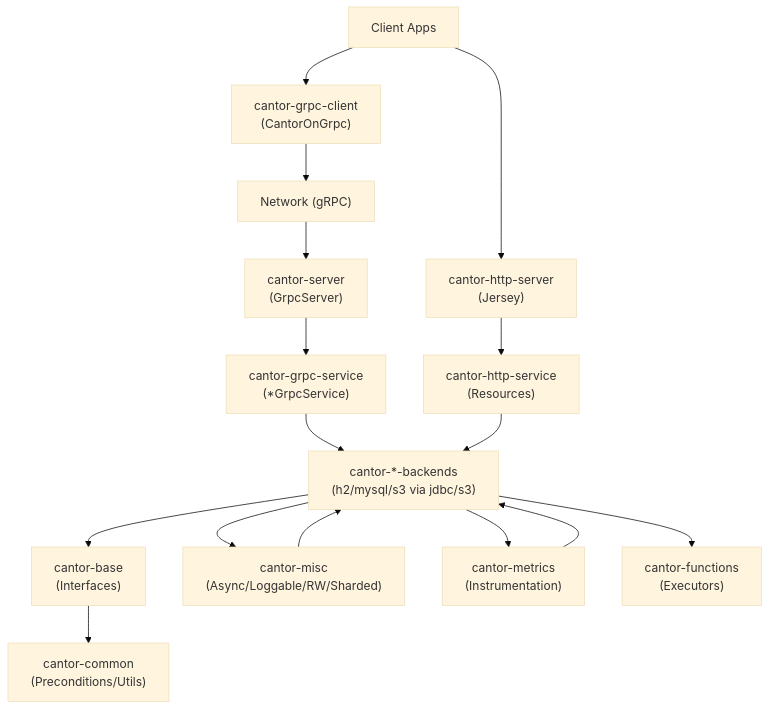
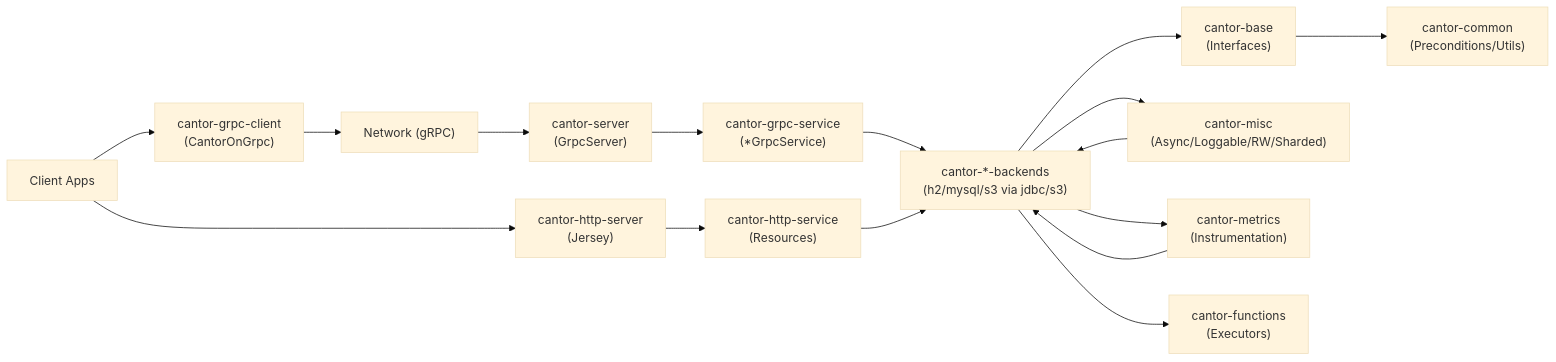
The diagram in docs/overview.md (edwyin/cantor), drawn with Mermaid (base theme) before and after one commit.

Commit message:
diagram layout TD to LR

````diff
--- a/docs/overview.md
+++ b/docs/overview.md
@@ -5,18 +5,18 @@
 ```mermaid
-flowchart TD
+flowchart LR
   A["Client Apps"] --> B["cantor-grpc-client\n(CantorOnGrpc)"]
   A --> C["cantor-http-server\n(Jersey)"]
   B --> D["Network (gRPC)"]
   C --> E["cantor-http-service\n(Resources)"]
   D --> F["cantor-server\n(GrpcServer)"]
   F --> G["cantor-grpc-service\n(*GrpcService)"]
   G --> H["cantor-*-backends\n(h2/mysql/s3 via jdbc/s3)"]
   E --> H
   H --> I["cantor-base\n(Interfaces)"]
   I --> J["cantor-common\n(Preconditions/Utils)"]
   H --> K["cantor-misc\n(Async/Loggable/RW/Sharded)"]
   K --> H
   H --> L["cantor-metrics\n(Instrumentation)"]
   L --> H
   H --> M["cantor-functions\n(Executors)"]
 ```
````
